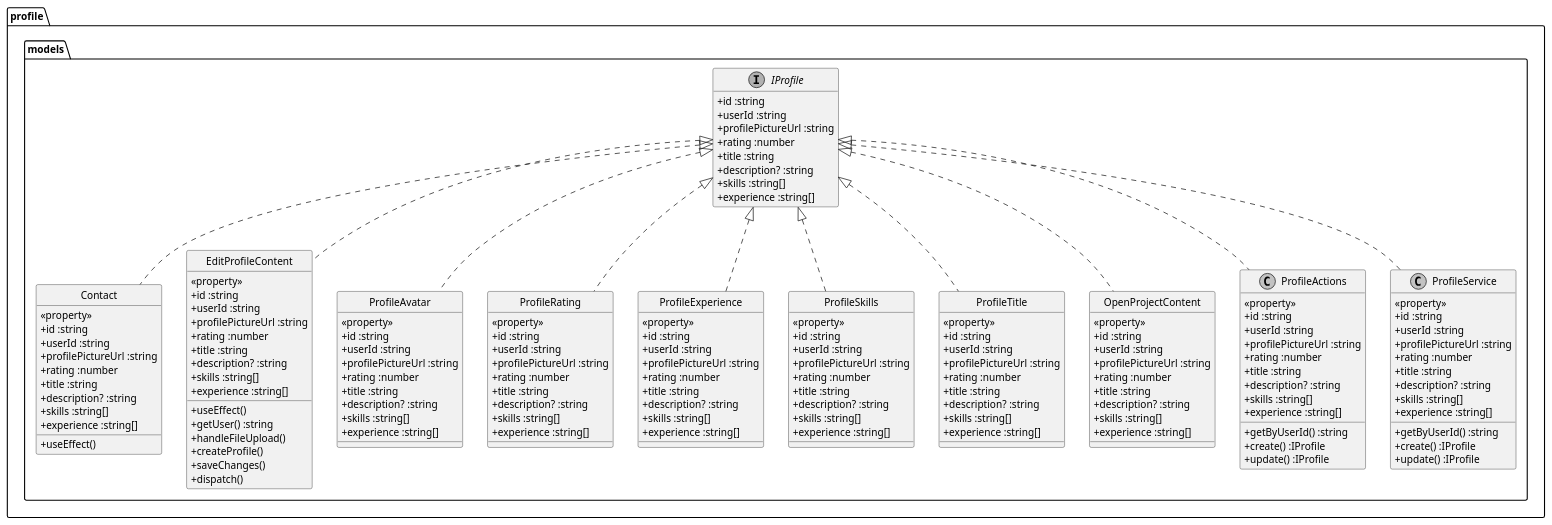
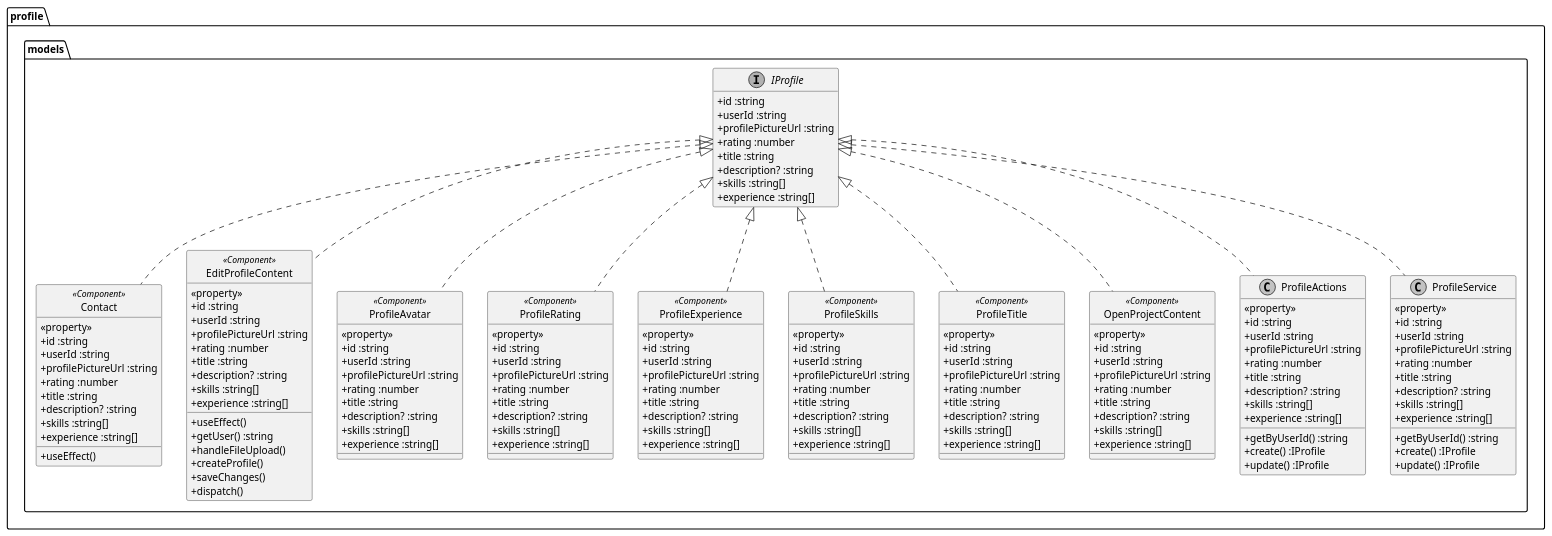
Before and after one commit to converge-app/software-design: the diagram in diagrams/src/software-design/class-model-diagrams/profile.models.pu, drawn with PlantUML. The commit also changed 18 other files, not shown here.

Commit message:
added service diagrams

```diff
--- a/diagrams/src/software-design/class-model-diagrams/profile.models.pu
+++ b/diagrams/src/software-design/class-model-diagrams/profile.models.pu
@@ -1,179 +1,179 @@
 @startuml
 
  skinparam monochrome true
  skinparam classAttributeIconSize 0
  top to bottom direction
 package "profile.models"{
   
   interface "IProfile" {
     + id :string
     + userId :string
     + profilePictureUrl :string
     + rating :number
     + title :string
     + description? :string
     + skills :string[]
     + experience :string[]
   }
   hide IProfile  methods
 
   
 
-class "Contact" {
+class "Contact" <<Component>>{
   + useEffect()
   <<property>>
     + id :string
     + userId :string
     + profilePictureUrl :string
     + rating :number
     + title :string
     + description? :string
     + skills :string[]
     + experience :string[]
 }
 hide Contact circle
 
-class "EditProfileContent" {
+class "EditProfileContent" <<Component>>{
   + useEffect()
   + getUser() :string
   + handleFileUpload()
   + createProfile()
   + saveChanges()
   + dispatch()
   <<property>>
     + id :string
     + userId :string
     + profilePictureUrl :string
     + rating :number
     + title :string
     + description? :string
     + skills :string[]
     + experience :string[]
 }
 hide EditProfileContent circle
 
-class "ProfileAvatar" {
+class "ProfileAvatar" <<Component>>{
   <<property>>
     + id :string
     + userId :string
     + profilePictureUrl :string
     + rating :number
     + title :string
     + description? :string
     + skills :string[]
     + experience :string[]
 }
 hide ProfileAvatar circle
 
-class "ProfileRating" {
+class "ProfileRating" <<Component>>{
   <<property>>
     + id :string
     + userId :string
     + profilePictureUrl :string
     + rating :number
     + title :string
     + description? :string
     + skills :string[]
     + experience :string[]
 }
 hide ProfileRating circle
   
-class "ProfileExperience" {
+class "ProfileExperience" <<Component>>{
   <<property>>
     + id :string
     + userId :string
     + profilePictureUrl :string
     + rating :number
     + title :string
     + description? :string
     + skills :string[]
     + experience :string[]
 }
 hide ProfileExperience circle
 
   
-class "ProfileSkills" {
+class "ProfileSkills" <<Component>>{
   <<property>>
     + id :string
     + userId :string
     + profilePictureUrl :string
     + rating :number
     + title :string
     + description? :string
     + skills :string[]
     + experience :string[]
 }
 hide ProfileSkills circle
   
-class "ProfileTitle" {
+class "ProfileTitle" <<Component>>{
   <<property>>
     + id :string
     + userId :string
     + profilePictureUrl :string
     + rating :number
     + title :string
     + description? :string
     + skills :string[]
     + experience :string[]
 }
 hide ProfileTitle circle
   
-class "OpenProjectContent" {
+class "OpenProjectContent" <<Component>>{
   <<property>>
     + id :string
     + userId :string
     + profilePictureUrl :string
     + rating :number
     + title :string
     + description? :string
     + skills :string[]
     + experience :string[]
 }
 hide OpenProjectContent circle
 
 class "ProfileActions" {
   + getByUserId() :string
   + create() :IProfile
   + update() :IProfile
   <<property>>
     + id :string
     + userId :string
     + profilePictureUrl :string
     + rating :number
     + title :string
     + description? :string
     + skills :string[]
     + experience :string[]
 }
 
 class "ProfileService" {
   + getByUserId() :string
   + create() :IProfile
   + update() :IProfile
   <<property>>
     + id :string
     + userId :string
     + profilePictureUrl :string
     + rating :number
     + title :string
     + description? :string
     + skills :string[]
     + experience :string[]
 }
   
 
   IProfile <|.. Contact 
   IProfile <|.. EditProfileContent
   IProfile <|.. ProfileAvatar 
   IProfile <|.. ProfileRating
   IProfile <|.. ProfileExperience 
   IProfile <|.. ProfileSkills
   IProfile <|.. ProfileTitle 
   IProfile <|.. OpenProjectContent
   IProfile <|.. ProfileActions 
   IProfile <|.. ProfileService
   
 }
 
 
 @enduml
```
